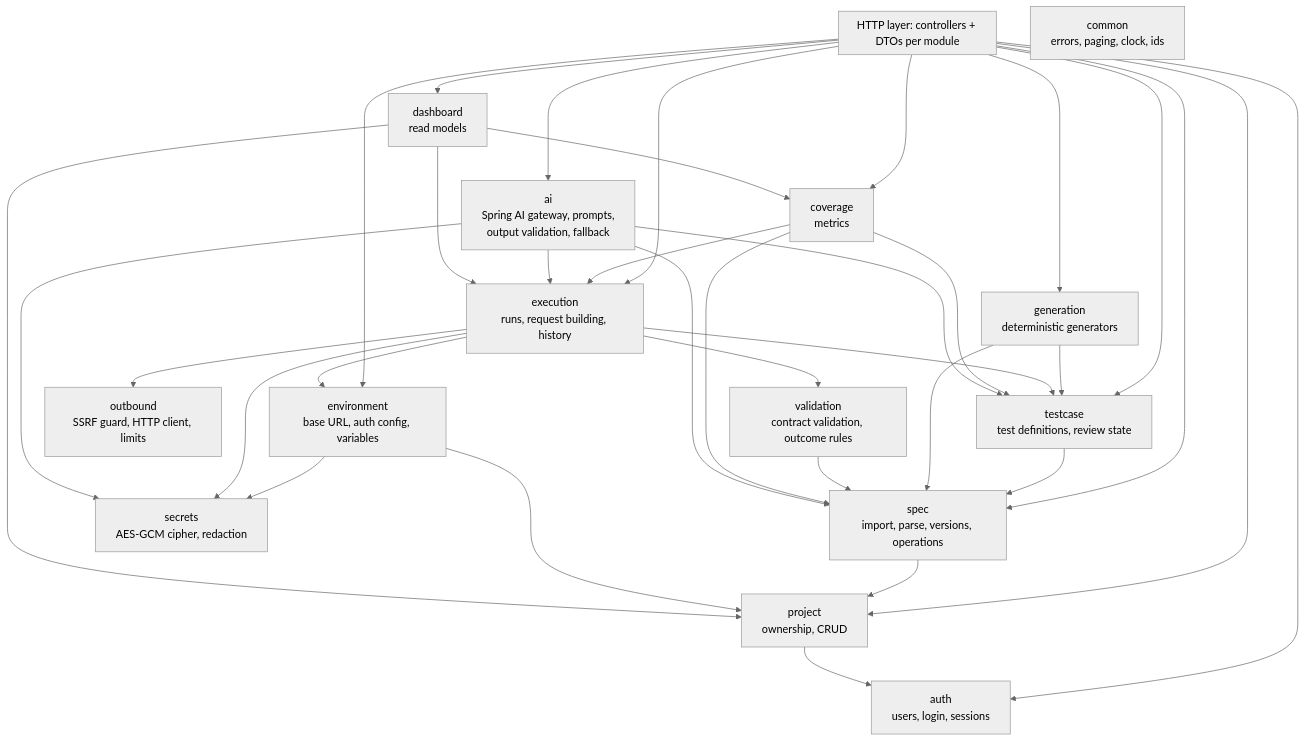
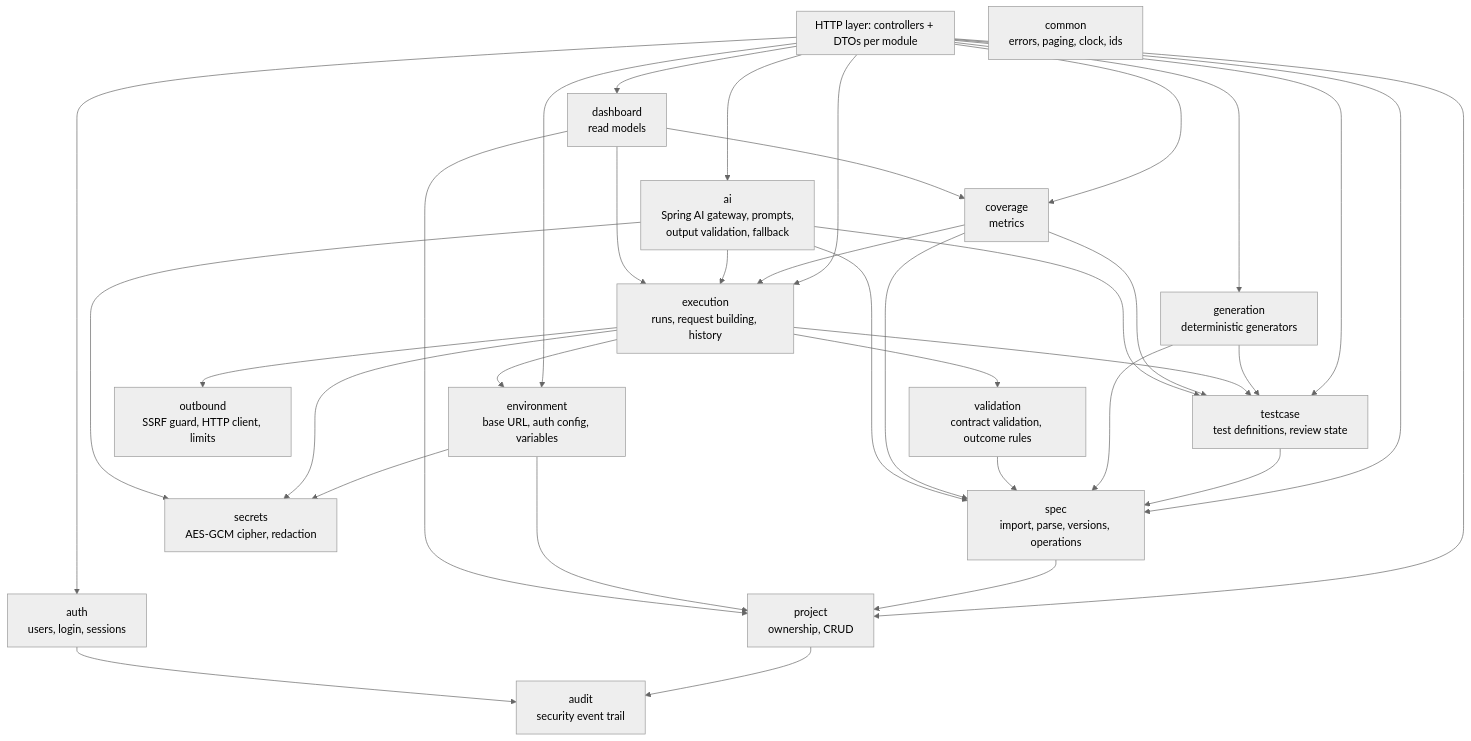
One commit to alifsafiuddin/APIForge changed the second of 5 diagrams in docs/ARCHITECTURE.md. Above: the diagram before and after it, drawn with Mermaid (neutral theme). The commit also changed other lines of this file and 141 other files, not shown here.

````diff
--- a/docs/ARCHITECTURE.md
+++ b/docs/ARCHITECTURE.md
@@ -58,31 +58,33 @@
 ```mermaid
 flowchart TB
     subgraph web[HTTP layer: controllers + DTOs per module]
     end
     auth[auth<br/>users, login, sessions]
+    audit[audit<br/>security event trail]
     project[project<br/>ownership, CRUD]
     spec[spec<br/>import, parse, versions, operations]
     env[environment<br/>base URL, auth config, variables]
     secrets[secrets<br/>AES-GCM cipher, redaction]
     testcase[testcase<br/>test definitions, review state]
     gen[generation<br/>deterministic generators]
     exec[execution<br/>runs, request building, history]
     outbound[outbound<br/>SSRF guard, HTTP client, limits]
     validation[validation<br/>contract validation, outcome rules]
     coverage[coverage<br/>metrics]
     ai[ai<br/>Spring AI gateway, prompts,<br/>output validation, fallback]
     dashboard[dashboard<br/>read models]
     common[common<br/>errors, paging, clock, ids]
 
     web --> auth & project & spec & env & testcase & gen & exec & coverage & ai & dashboard
-    project --> auth
+    project --> audit
+    auth --> audit
     spec --> project
     env --> project & secrets
     testcase --> spec
     gen --> spec & testcase
     exec --> env & testcase & outbound & validation & secrets
     validation --> spec
     coverage --> spec & testcase & exec
     ai --> spec & testcase & exec & secrets
     dashboard --> project & exec & coverage
 ```
````
